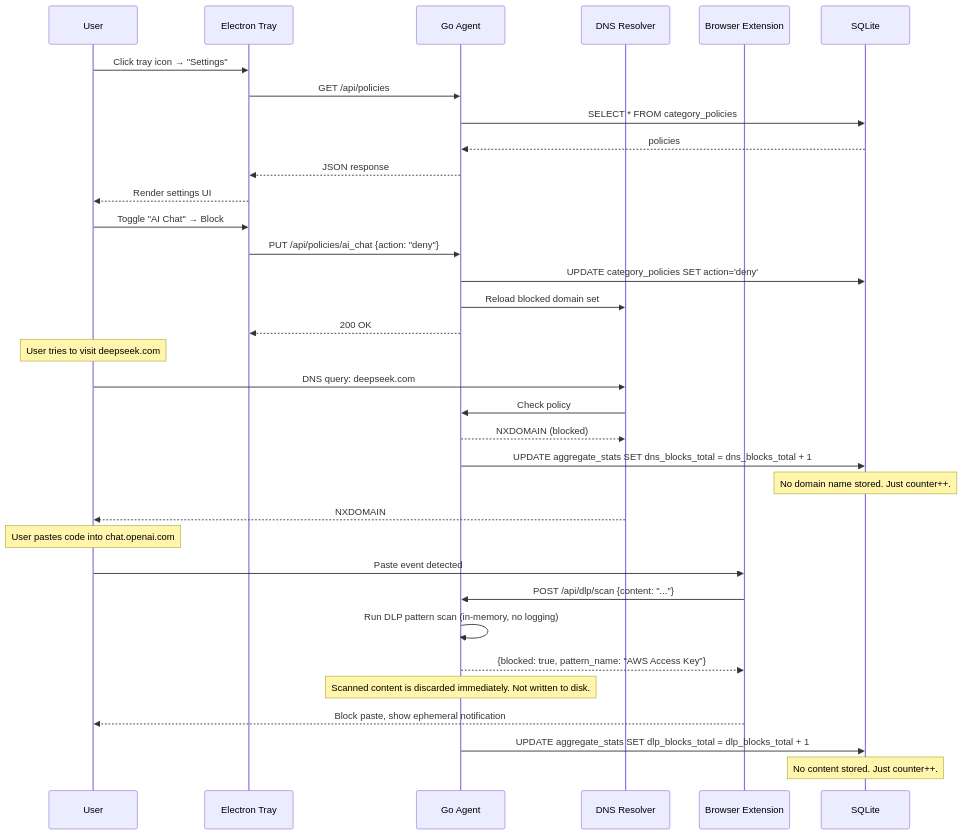
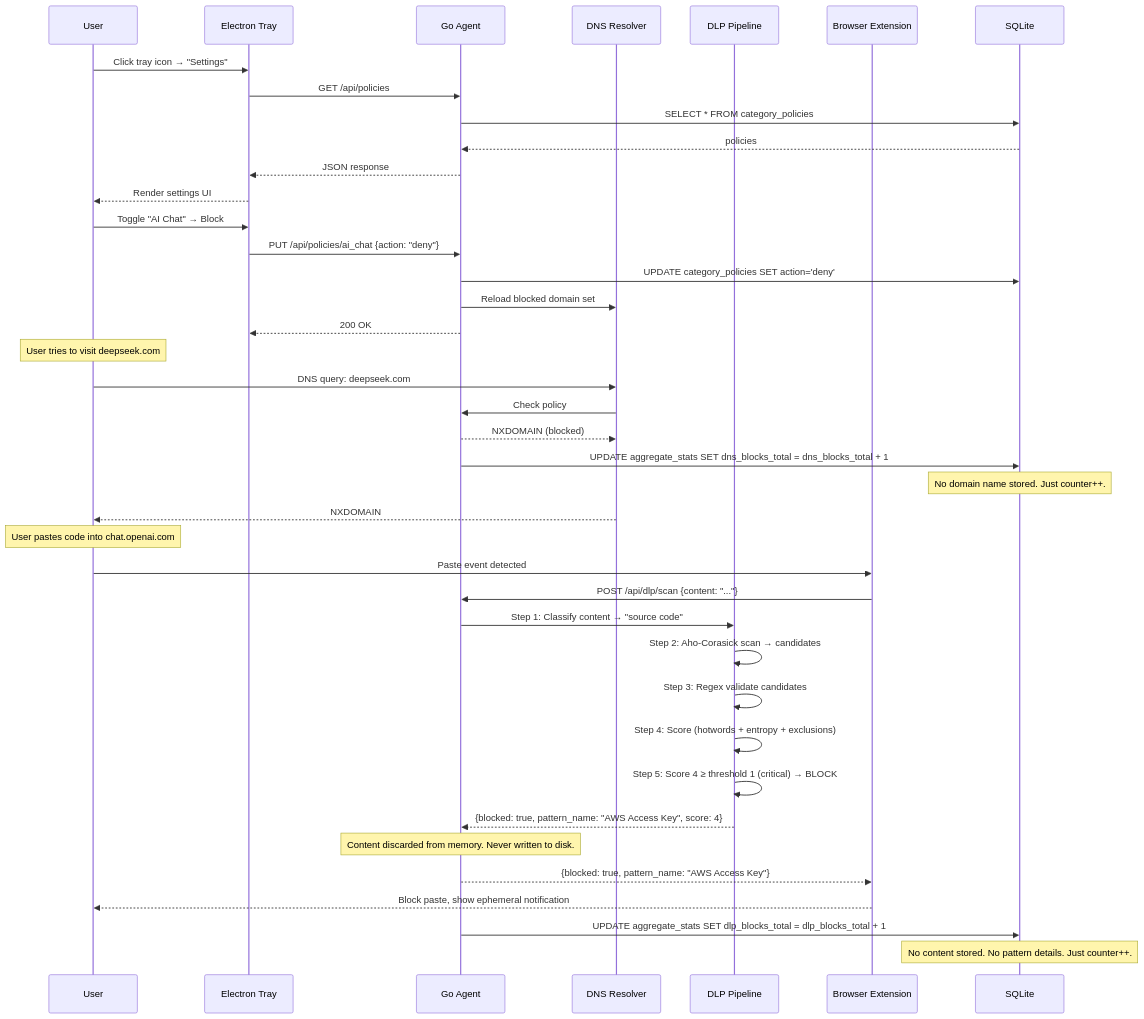
The fifth of 5 diagrams in ARCHITECTURE.md (kennguy3n/secure-edge), drawn with Mermaid before and after one commit. The commit also changed other lines of this file and 4 other files, not shown here.

First line of the commit message:
docs: layered DLP pipeline (hotwords, scoring, exclusions, Aho-Corasick) + privacy-first restoration

````diff
--- a/ARCHITECTURE.md
+++ b/ARCHITECTURE.md
@@ -276,40 +418,46 @@
 ```mermaid
 sequenceDiagram
     participant User
     participant Tray as Electron Tray
     participant Agent as Go Agent
     participant DNS as DNS Resolver
+    participant DLP as DLP Pipeline
     participant Ext as Browser Extension
     participant DB as SQLite
 
     User->>Tray: Click tray icon → "Settings"
     Tray->>Agent: GET /api/policies
     Agent->>DB: SELECT * FROM category_policies
     DB-->>Agent: policies
     Agent-->>Tray: JSON response
     Tray-->>User: Render settings UI
 
     User->>Tray: Toggle "AI Chat" → Block
     Tray->>Agent: PUT /api/policies/ai_chat {action: "deny"}
     Agent->>DB: UPDATE category_policies SET action='deny'
     Agent->>DNS: Reload blocked domain set
     Agent-->>Tray: 200 OK
 
     Note over User: User tries to visit deepseek.com
     User->>DNS: DNS query: deepseek.com
     DNS->>Agent: Check policy
     Agent-->>DNS: NXDOMAIN (blocked)
     Agent->>DB: UPDATE aggregate_stats SET dns_blocks_total = dns_blocks_total + 1
     Note over DB: No domain name stored. Just counter++.
     DNS-->>User: NXDOMAIN
 
     Note over User: User pastes code into chat.openai.com
     User->>Ext: Paste event detected
     Ext->>Agent: POST /api/dlp/scan {content: "..."}
-    Agent->>Agent: Run DLP pattern scan (in-memory, no logging)
+    Agent->>DLP: Step 1: Classify content → "source code"
+    DLP->>DLP: Step 2: Aho-Corasick scan → candidates
+    DLP->>DLP: Step 3: Regex validate candidates
+    DLP->>DLP: Step 4: Score (hotwords + entropy + exclusions)
+    DLP->>DLP: Step 5: Score 4 ≥ threshold 1 (critical) → BLOCK
+    DLP-->>Agent: {blocked: true, pattern_name: "AWS Access Key", score: 4}
+    Note over Agent: Content discarded from memory. Never written to disk.
     Agent-->>Ext: {blocked: true, pattern_name: "AWS Access Key"}
-    Note over Agent: Scanned content is discarded immediately. Not written to disk.
     Ext-->>User: Block paste, show ephemeral notification
     Agent->>DB: UPDATE aggregate_stats SET dlp_blocks_total = dlp_blocks_total + 1
-    Note over DB: No content stored. Just counter++.
+    Note over DB: No content stored. No pattern details. Just counter++.
 ```
````
